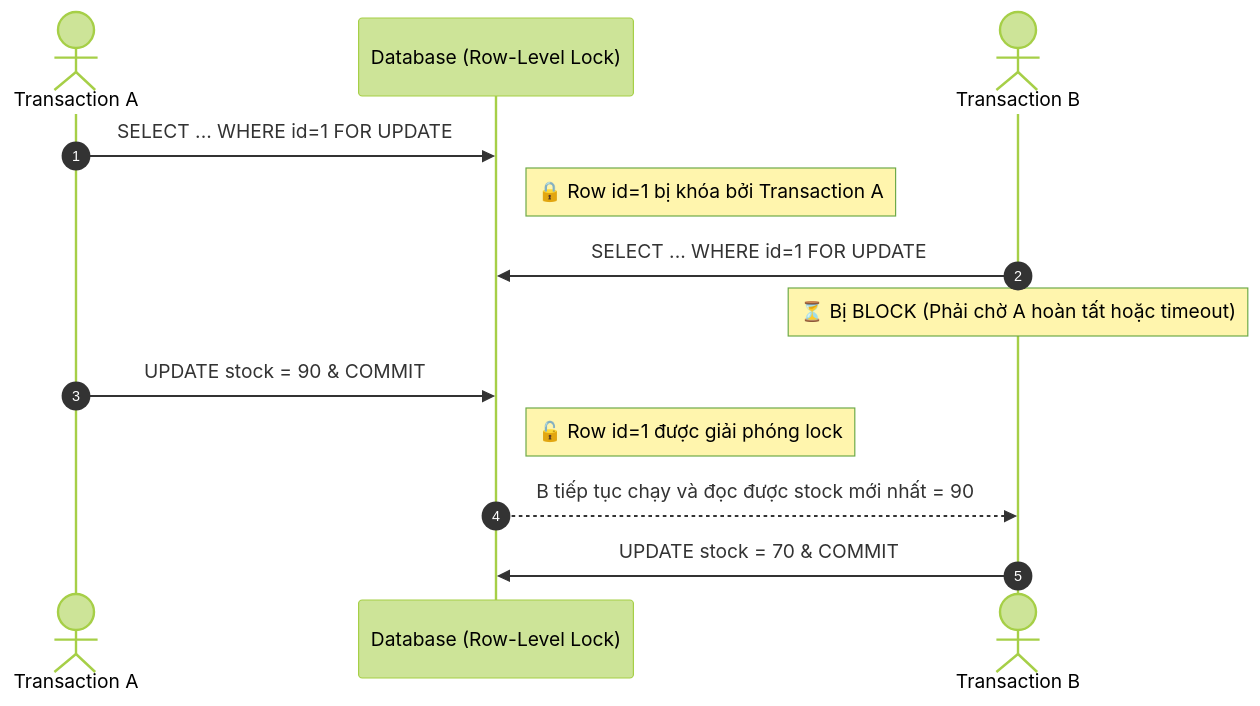
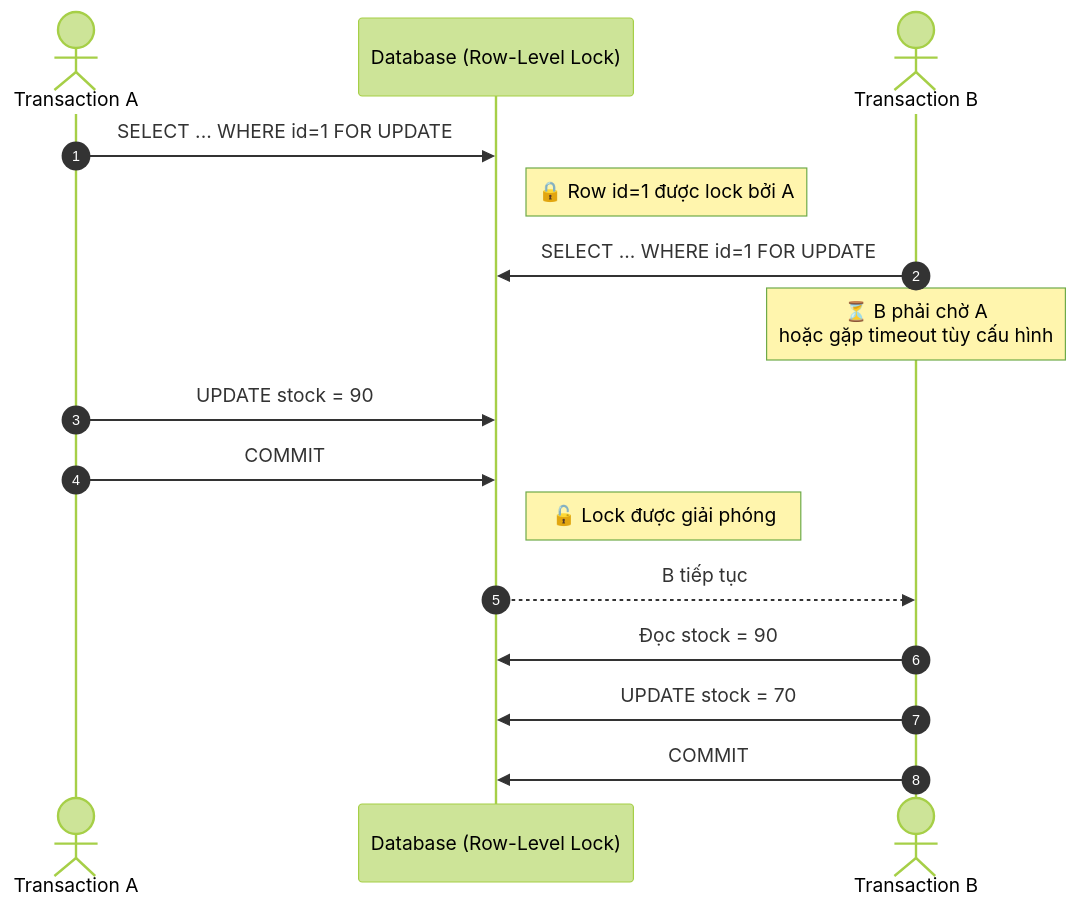
One commit to camdao/camdao.dev changed the third of 3 diagrams in content/blogs/hibernate-orm/04-locking-mechanisms.mdx. Above: the diagram before and after it, drawn with Mermaid (forest theme). The commit also changed other lines of this file and 1 other file, not shown here.

````diff
--- a/content/blogs/hibernate-orm/04-locking-mechanisms.mdx
+++ b/content/blogs/hibernate-orm/04-locking-mechanisms.mdx
@@ -117,19 +212,23 @@
 ```mermaid
 sequenceDiagram
     autonumber
+
     actor A as Transaction A
     participant DB as Database (Row-Level Lock)
     actor B as Transaction B
 
     A->>DB: SELECT ... WHERE id=1 FOR UPDATE
-    Note right of DB: 🔒 Row id=1 bị khóa bởi Transaction A
-    
+    Note right of DB: 🔒 Row id=1 được lock bởi A
+
     B->>DB: SELECT ... WHERE id=1 FOR UPDATE
-    Note over B: ⏳ Bị BLOCK (Phải chờ A hoàn tất hoặc timeout)
+    Note over B: ⏳ B phải chờ A<br/>hoặc gặp timeout tùy cấu hình
 
-    A->>DB: UPDATE stock = 90 & COMMIT
-    Note right of DB: 🔓 Row id=1 được giải phóng lock
+    A->>DB: UPDATE stock = 90
+    A->>DB: COMMIT
+    Note right of DB: 🔓 Lock được giải phóng
 
-    DB-->>B: B tiếp tục chạy và đọc được stock mới nhất = 90
-    B->>DB: UPDATE stock = 70 & COMMIT
+    DB-->>B: B tiếp tục
+    B->>DB: Đọc stock = 90
+    B->>DB: UPDATE stock = 70
+    B->>DB: COMMIT
 ```
````
